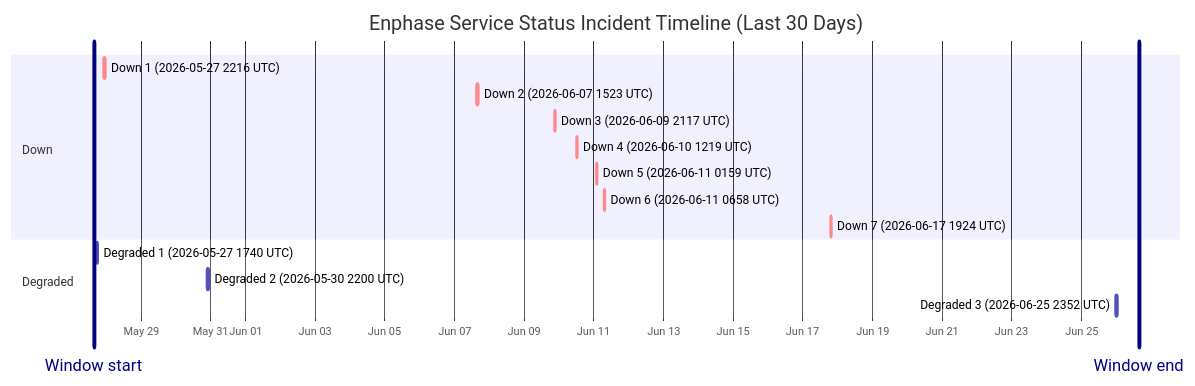
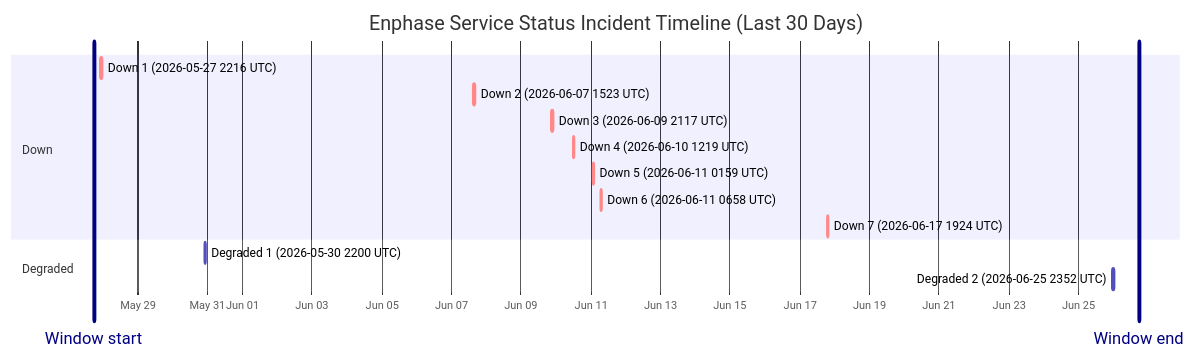
One commit to barneyonline/ha-enphase-energy changed the diagram in wiki/Service-Status-History.md. Above: the diagram before and after it, drawn with Mermaid. The commit also changed other lines of this file and 3 other files, not shown here.

````diff
--- a/wiki/Service-Status-History.md
+++ b/wiki/Service-Status-History.md
@@ -14,20 +14,19 @@
 ```mermaid
 gantt
     title Enphase Service Status Incident Timeline (Last 30 Days)
     dateFormat  YYYY-MM-DDTHH:mm:ss
     axisFormat  %b %d
-    Window start :vert, window-start, 2026-05-27T15:38:13, 0ms
-    Window end :vert, window-end, 2026-06-26T15:38:13, 0ms
+    Window start :vert, window-start, 2026-05-27T17:46:23, 0ms
+    Window end :vert, window-end, 2026-06-26T17:46:23, 0ms
     section Down
     Down 1 (2026-05-27 2216 UTC) :crit, down-1, 2026-05-27T22:16:53, 87m
     Down 2 (2026-06-07 1523 UTC) :crit, down-2, 2026-06-07T15:23:22, 87m
     Down 3 (2026-06-09 2117 UTC) :crit, down-3, 2026-06-09T21:17:17, 60m
     Down 4 (2026-06-10 1219 UTC) :crit, down-4, 2026-06-10T12:19:21, 60m
     Down 5 (2026-06-11 0159 UTC) :crit, down-5, 2026-06-11T01:59:36, 60m
     Down 6 (2026-06-11 0658 UTC) :crit, down-6, 2026-06-11T06:58:45, 60m
     Down 7 (2026-06-17 1924 UTC) :crit, down-7, 2026-06-17T19:24:51, 60m
     section Degraded
-    Degraded 1 (2026-05-27 1740 UTC) :active, degraded-1, 2026-05-27T17:40:52, 60m
-    Degraded 2 (2026-05-30 2200 UTC) :active, degraded-2, 2026-05-30T22:00:37, 60m
-    Degraded 3 (2026-06-25 2352 UTC) :active, degraded-3, 2026-06-25T23:52:01, 60m
+    Degraded 1 (2026-05-30 2200 UTC) :active, degraded-1, 2026-05-30T22:00:37, 60m
+    Degraded 2 (2026-06-25 2352 UTC) :active, degraded-2, 2026-06-25T23:52:01, 60m
 ```
````
